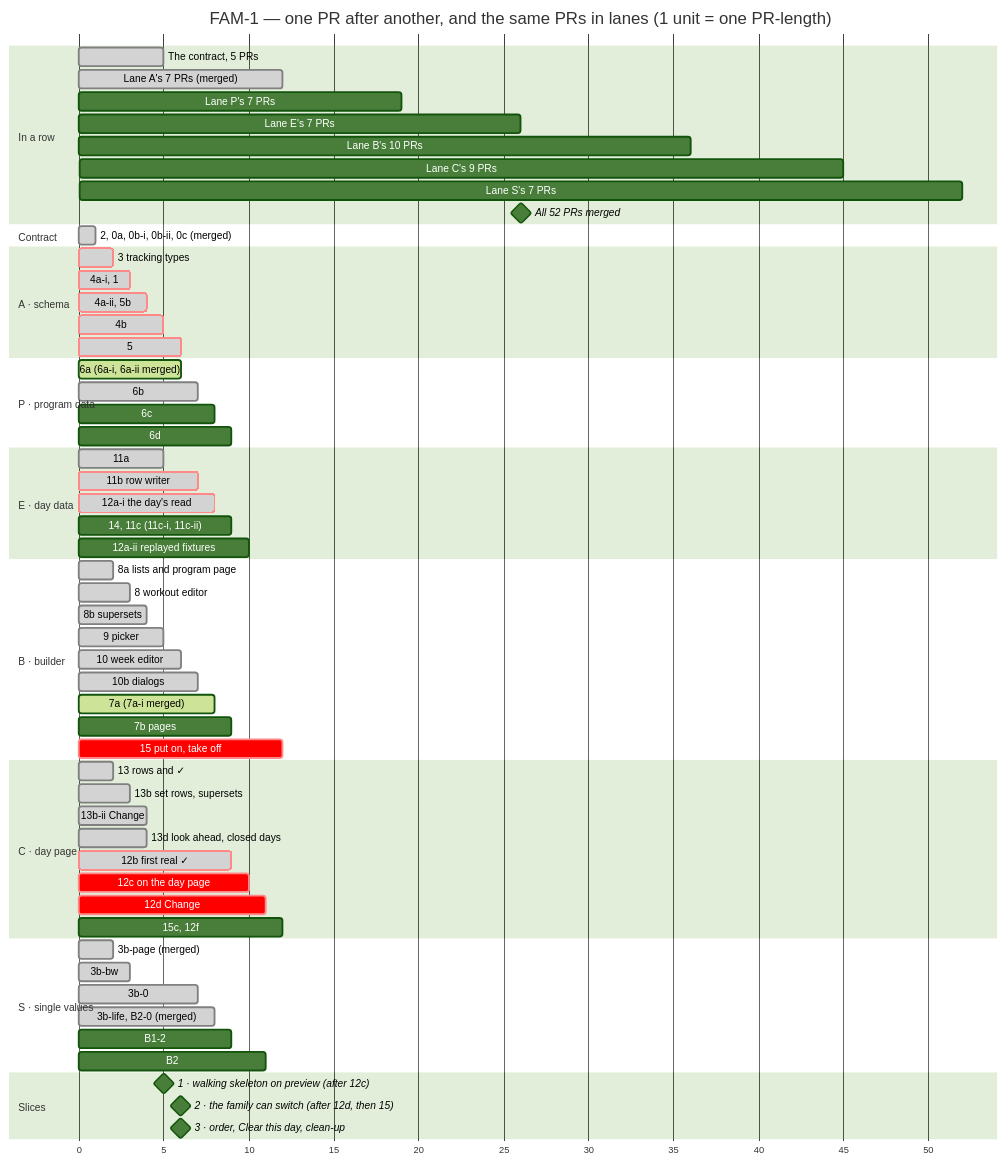
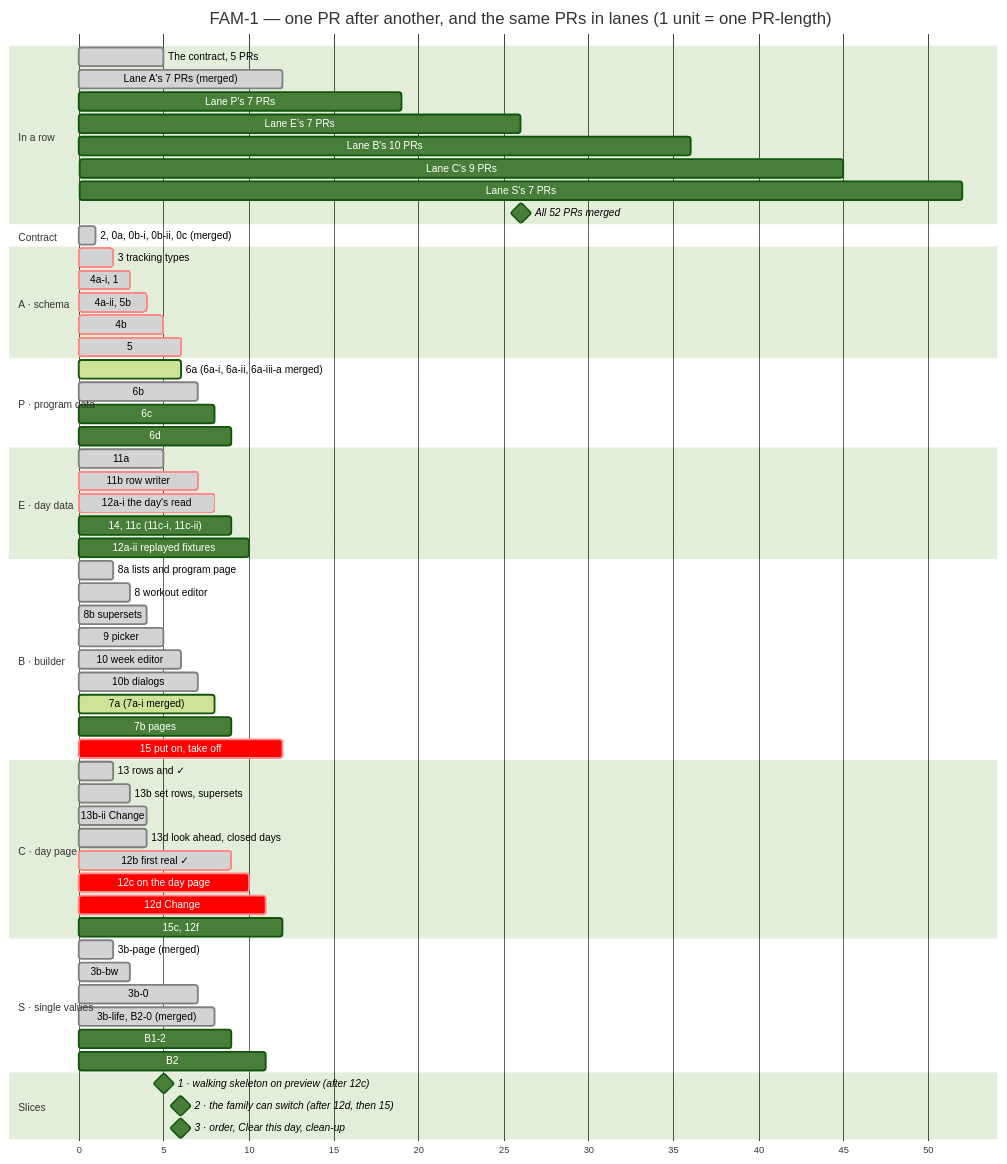
Before and after one commit to ralamode/mat-plan: the second of 2 diagrams in docs/milestones/fam-1-family-program.md, drawn with Mermaid (forest theme). The commit also changed other lines of this file and 1 other file, not shown here.

````diff
--- a/docs/milestones/fam-1-family-program.md
+++ b/docs/milestones/fam-1-family-program.md
@@ -258,74 +258,74 @@
 ```mermaid
 gantt
   title FAM-1 — one PR after another, and the same PRs in lanes (1 unit = one PR-length)
   dateFormat X
   axisFormat %s
   todayMarker off
 
   section In a row
   The contract, 5 PRs          :done, r0, 0, 5
   Lane A's 7 PRs (merged)      :done, r1, 5, 12
   Lane P's 7 PRs               :r2, 12, 19
   Lane E's 7 PRs               :r3, 19, 26
   Lane B's 10 PRs              :r4, 26, 36
   Lane C's 9 PRs               :r5, 36, 45
   Lane S's 7 PRs               :r6, 45, 52
   All 52 PRs merged            :milestone, rm, 52, 52
 
   section Contract
   2, 0a, 0b-i, 0b-ii, 0c (merged) :done, c0, 0, 1
 
   section A · schema
   3 tracking types             :crit, done, a1, 1, 2
   4a-i, 1                      :crit, done, a2, 2, 3
   4a-ii, 5b                    :crit, done, a3, 3, 4
   4b                           :crit, done, a4, 4, 5
   5                            :crit, done, a5, 5, 6
 
   section P · program data
-  6a (6a-i, 6a-ii merged)      :active, p1, 5, 6
+  6a (6a-i, 6a-ii, 6a-iii-a merged) :active, p1, 5, 6
   6b                           :done, p2, 6, 7
   6c                           :p3, 7, 8
   6d                           :p4, 8, 9
 
   section E · day data
   11a                          :done, e1, 4, 5
   11b row writer               :crit, done, e2, 5, 7
   12a-i the day's read         :crit, done, e3, 7, 8
   14, 11c (11c-i, 11c-ii)      :e4, 8, 9
   12a-ii replayed fixtures     :e5, 9, 10
 
   section B · builder
   8a lists and program page    :done, b1, 1, 2
   8 workout editor             :done, b2, 2, 3
   8b supersets                 :done, b3, 3, 4
   9 picker                     :done, b4, 4, 5
   10 week editor               :done, b5, 5, 6
   10b dialogs                  :done, b6, 6, 7
   7a (7a-i merged)             :active, b7, 7, 8
   7b pages                     :b8, 8, 9
   15 put on, take off          :crit, b9, 11, 12
 
   section C · day page
   13 rows and ✓                :done, c1, 1, 2
   13b set rows, supersets      :done, c2, 2, 3
   13b-ii Change                :done, c2b, 3, 4
   13d look ahead, closed days  :done, c3, 3, 4
   12b first real ✓             :crit, done, c4, 8, 9
   12c on the day page          :crit, c5, 9, 10
   12d Change                   :crit, c6, 10, 11
   15c, 12f                     :c7, 11, 12
 
   section S · single values
   3b-page (merged)             :done, s1, 1, 2
   3b-bw                        :done, s2, 2, 3
   3b-0                         :done, s3, 6, 7
   3b-life, B2-0 (merged)       :done, s4, 7, 8
   B1-2                         :s5, 8, 9
   B2                           :s6, 10, 11
 
   section Slices
   1 · walking skeleton on preview (after 12c) :milestone, m1, 10, 10
   2 · the family can switch (after 12d, then 15) :milestone, m2, 12, 12
   3 · order, Clear this day, clean-up         :milestone, m3, 12, 12
 ```
````
